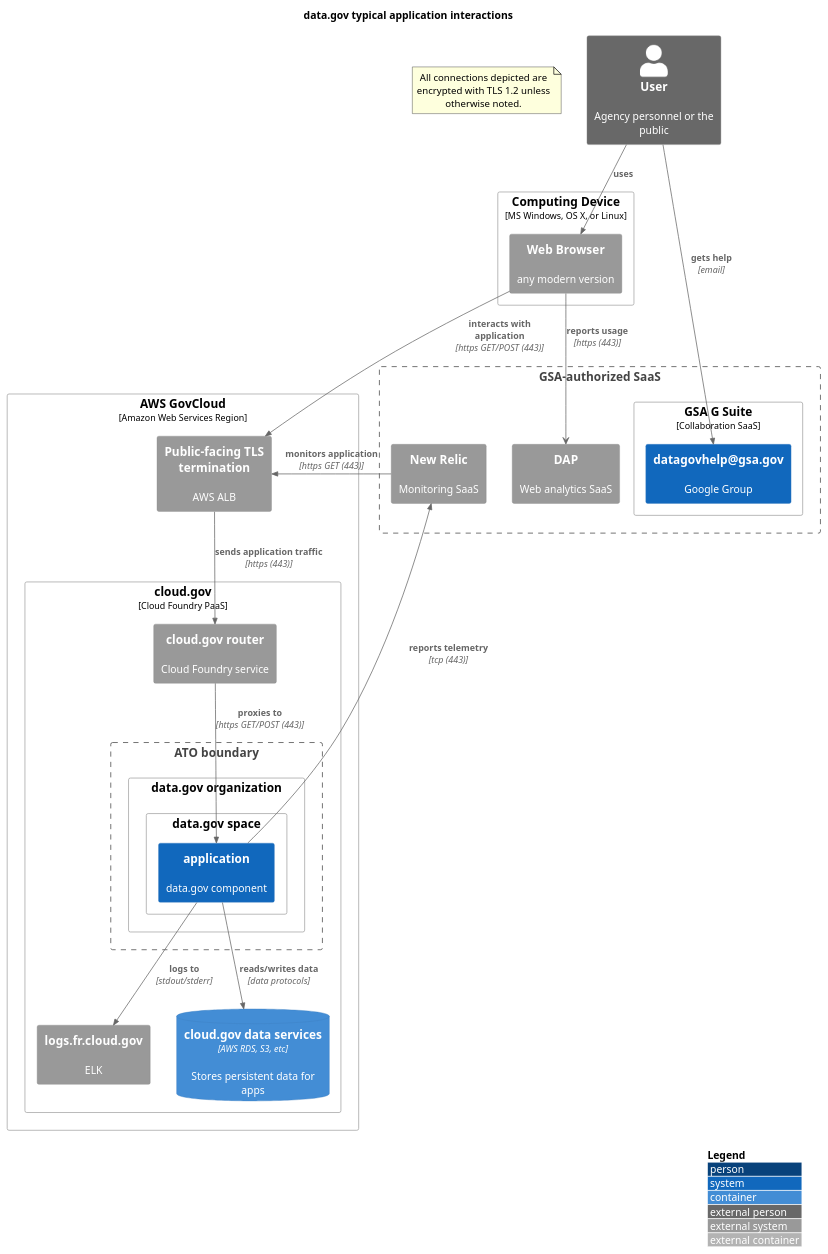
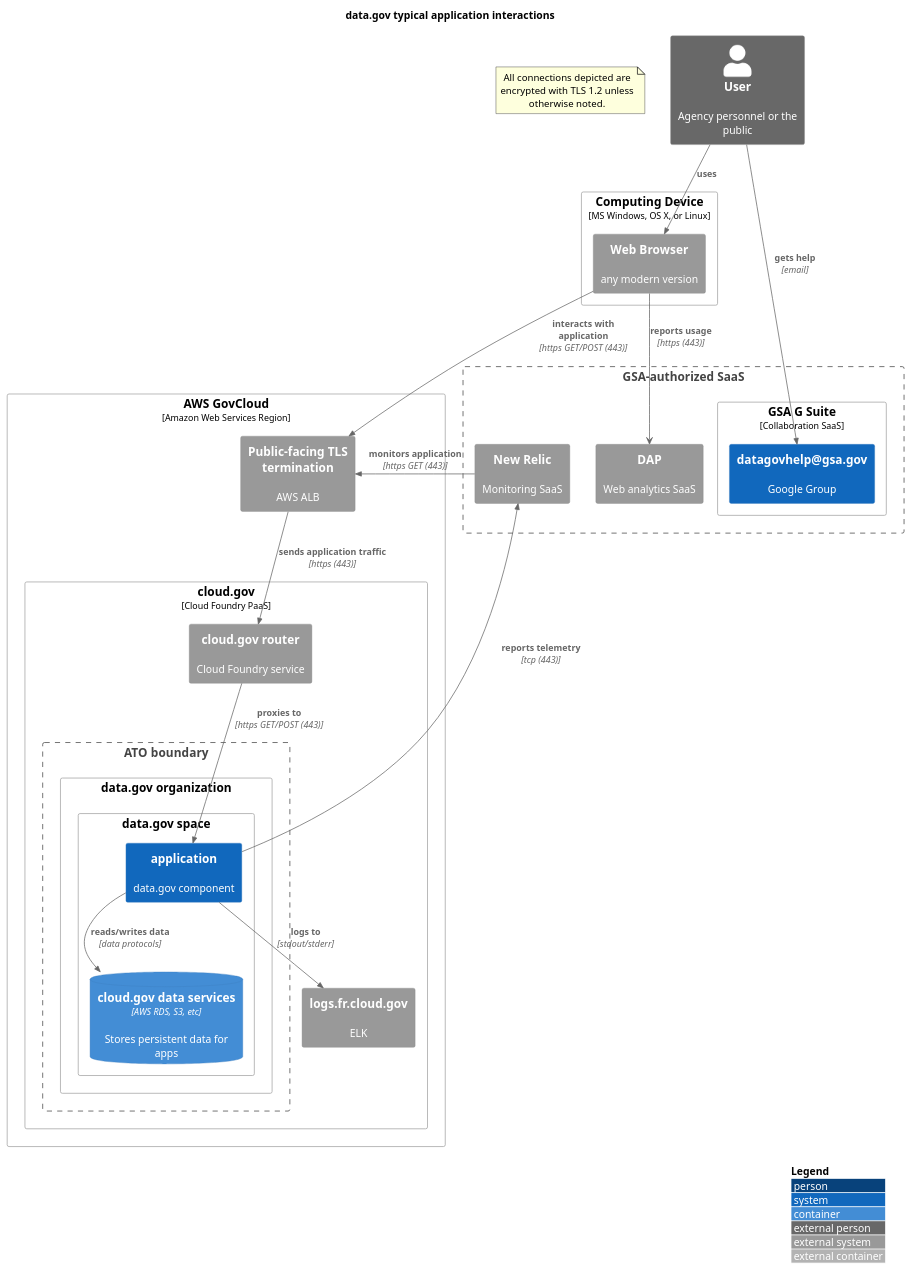
One commit to GSA/datagov-compliance changed the diagram in Boundaries-components.md. Above: the diagram before and after it, drawn with PlantUML. The commit also changed other lines of this file and 1 other file, not shown here.

Commit message:
Bring services in-boundary for generic boundary diagram

````diff
--- a/Boundaries-components.md
+++ b/Boundaries-components.md
@@ -5,63 +5,63 @@
 ```plantuml
 @startuml
 !include https://raw.githubusercontent.com/plantuml-stdlib/C4-PlantUML/master/C4_Deployment.puml
 
 LAYOUT_WITH_LEGEND()
 title data.gov typical application interactions
 
 note as EncryptionNote
   All connections depicted are encrypted with TLS 1.2 unless otherwise noted.
 end note
 
 
 Deployment_Node(aws, "AWS GovCloud", "Amazon Web Services Region") {
-	System_Ext(aws_alb, "Public-facing TLS termination", "AWS ALB")
-	Deployment_Node(cloudgov, "cloud.gov", "Cloud Foundry PaaS") {
+    System_Ext(aws_alb, "Public-facing TLS termination", "AWS ALB")
+    Deployment_Node(cloudgov, "cloud.gov", "Cloud Foundry PaaS") {
         System_Ext(cloudgov_router, "cloud.gov router", "Cloud Foundry service")
         System_Ext(cloudgov_logdrain, "logs.fr.cloud.gov", "ELK")
         
-        ContainerDb(cloudgov_services, "cloud.gov data services", "AWS RDS, S3, etc", "Stores persistent data for apps")
         Boundary(atob, "ATO boundary") {
             Deployment_Node(organization, "data.gov organization") {
                 Deployment_Node(space, "data.gov space") {
-					System(app, "application", "data.gov component")
-}
+                    System(app, "application", "data.gov component")
+                    ContainerDb(cloudgov_services, "cloud.gov data services", "AWS RDS, S3, etc", "Stores persistent data for apps")
+                }
             }
         }
     }
 }
 
 Rel(aws_alb, cloudgov_router, "sends application traffic", "https (443)")
-Rel(app, cloudgov_services, "reads/writes data", "data protocols")
+Rel_Down(app, cloudgov_services, "reads/writes data", "data protocols")
 
 
 ' Logs flow
 Rel(app, cloudgov_logdrain, "logs to", "stdout/stderr")
 
 ' Customer access
 Person_Ext(public, "User", "Agency personnel or the public")
 Deployment_Node(computer, "Computing Device", "MS Windows, OS X, or Linux"){
     System_Ext(browser, "Web Browser", "any modern version")
 }
 
 
 ' Monitoring
 Boundary(gsa_saas, "GSA-authorized SaaS") { 
-	Deployment_Node(gsuite, "GSA G Suite", "Collaboration SaaS") {
-		System(ggroup, "datagovhelp@gsa.gov", "Google Group")
-	}
-	System_Ext(dap, "DAP", "Web analytics SaaS")
-	System_Ext(newrelic, "New Relic", "Monitoring SaaS")
+    Deployment_Node(gsuite, "GSA G Suite", "Collaboration SaaS") {
+        System(ggroup, "datagovhelp@gsa.gov", "Google Group")
+    }
+    System_Ext(dap, "DAP", "Web analytics SaaS")
+    System_Ext(newrelic, "New Relic", "Monitoring SaaS")
 }
 
 Rel(newrelic, aws_alb, "monitors application", "https GET (443)")
 Rel(app, newrelic, "reports telemetry", "tcp (443)")
 Rel(public, ggroup, "gets help", "email")
 Rel(public, browser, "uses")
 browser --> dap : **reports usage** \n//[https (443)]//
 
 Rel(browser, aws_alb, "interacts with application", "https GET/POST (443)")
 Rel(cloudgov_router, app, "proxies to", "https GET/POST (443)")
 
 @enduml
 ```
````
